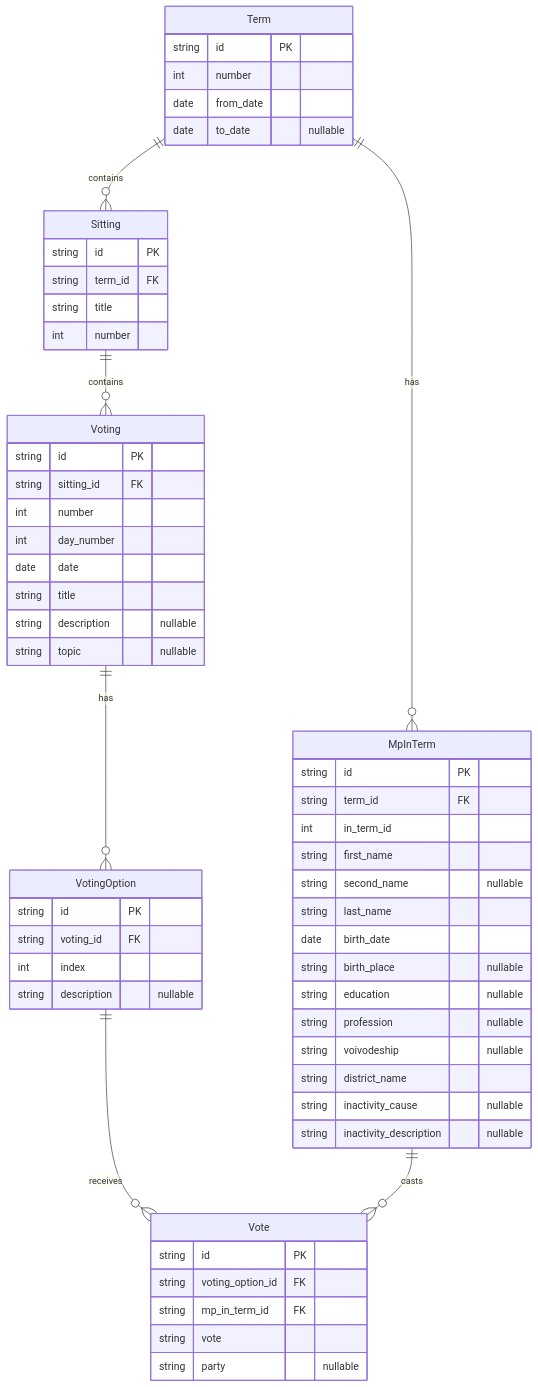
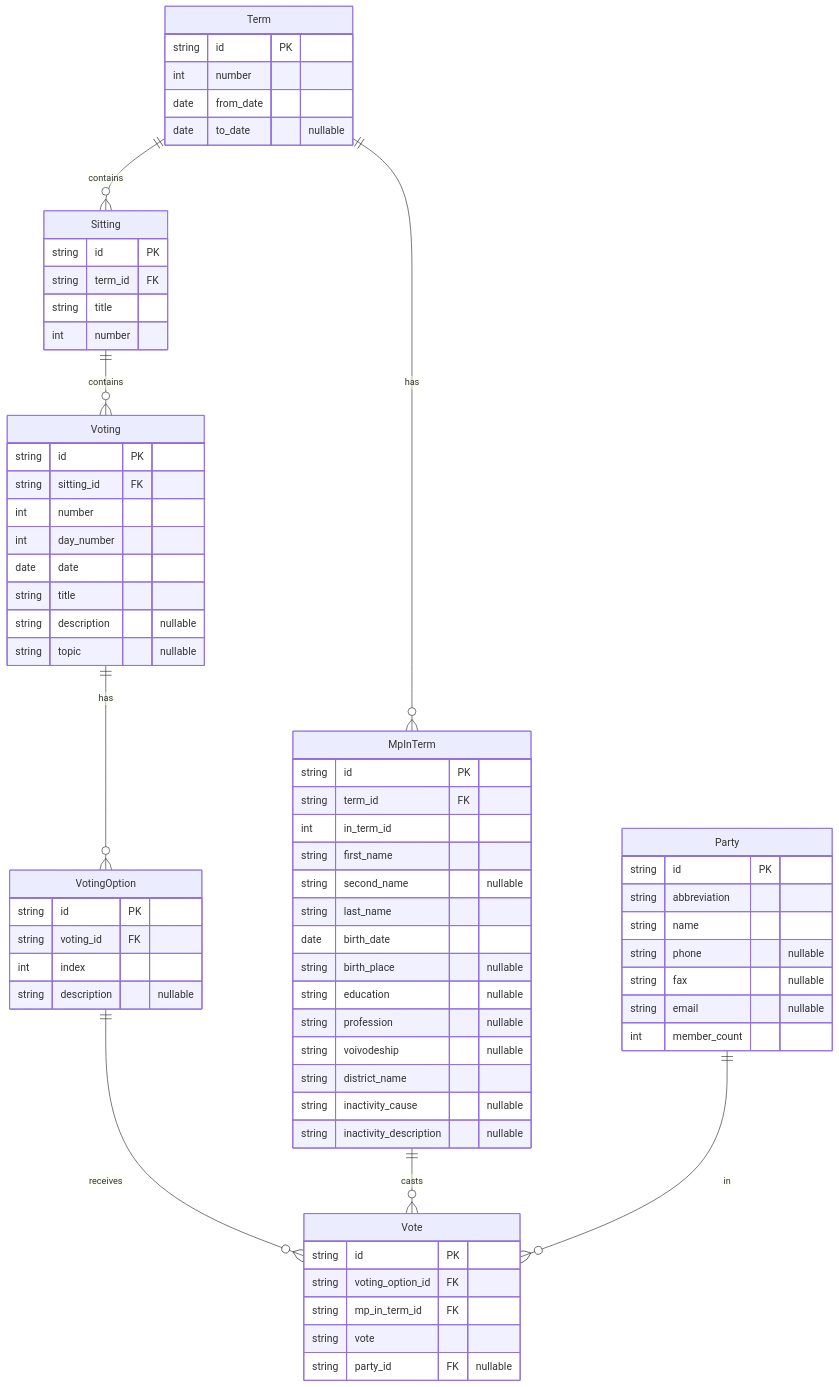
Before and after one commit to LuxF3rre/sejm_scraper: the diagram in README.md, drawn with Mermaid. The commit also changed 10 other files, not shown here.

````diff
--- a/README.md
+++ b/README.md
@@ -44,67 +44,78 @@
 ```mermaid
 erDiagram
     Term {
         string id PK
         int number
         date from_date
         date to_date "nullable"
     }
 
     Sitting {
         string id PK
         string term_id FK
         string title
         int number
     }
 
     Voting {
         string id PK
         string sitting_id FK
         int number
         int day_number
         date date
         string title
         string description "nullable"
         string topic "nullable"
     }
 
     VotingOption {
         string id PK
         string voting_id FK
         int index
         string description "nullable"
     }
 
+    Party {
+        string id PK
+        string abbreviation
+        string name
+        string phone "nullable"
+        string fax "nullable"
+        string email "nullable"
+        int member_count
+    }
+
     Vote {
         string id PK
         string voting_option_id FK
         string mp_in_term_id FK
         string vote
-        string party "nullable"
+        string party_id FK "nullable"
     }
 
     MpInTerm {
         string id PK
         string term_id FK
         int in_term_id
         string first_name
         string second_name "nullable"
         string last_name
         date birth_date
         string birth_place "nullable"
         string education "nullable"
         string profession "nullable"
         string voivodeship "nullable"
         string district_name
         string inactivity_cause "nullable"
         string inactivity_description "nullable"
     }
 
     %% Relationships
     Term ||--o{ Sitting : "contains"
     Term ||--o{ MpInTerm : "has"
     Sitting ||--o{ Voting : "contains"
     Voting ||--o{ VotingOption : "has"
     VotingOption ||--o{ Vote : "receives"
     MpInTerm ||--o{ Vote : "casts"
+    Party ||--o{ Vote : "in"
 ```
````
